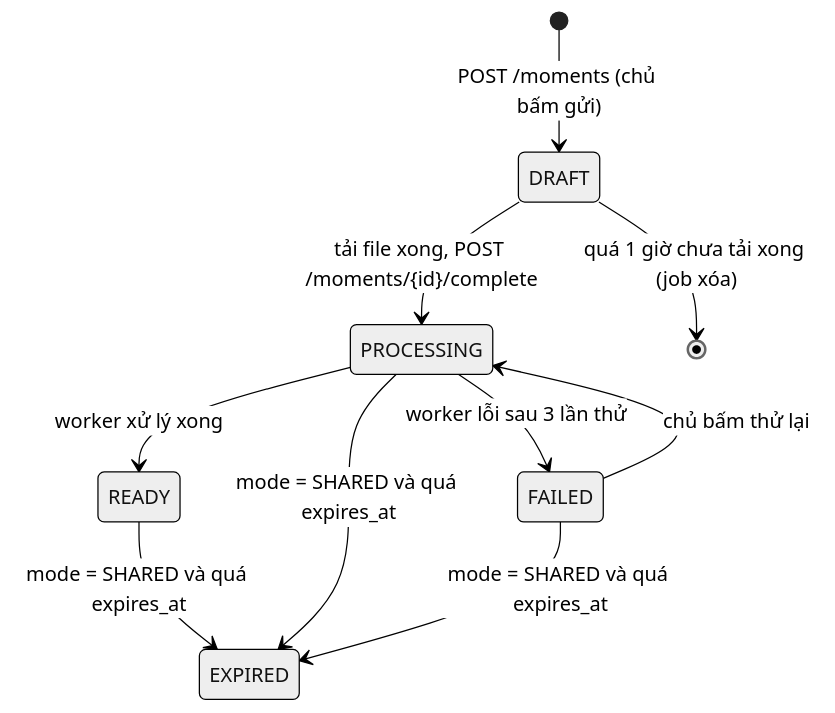
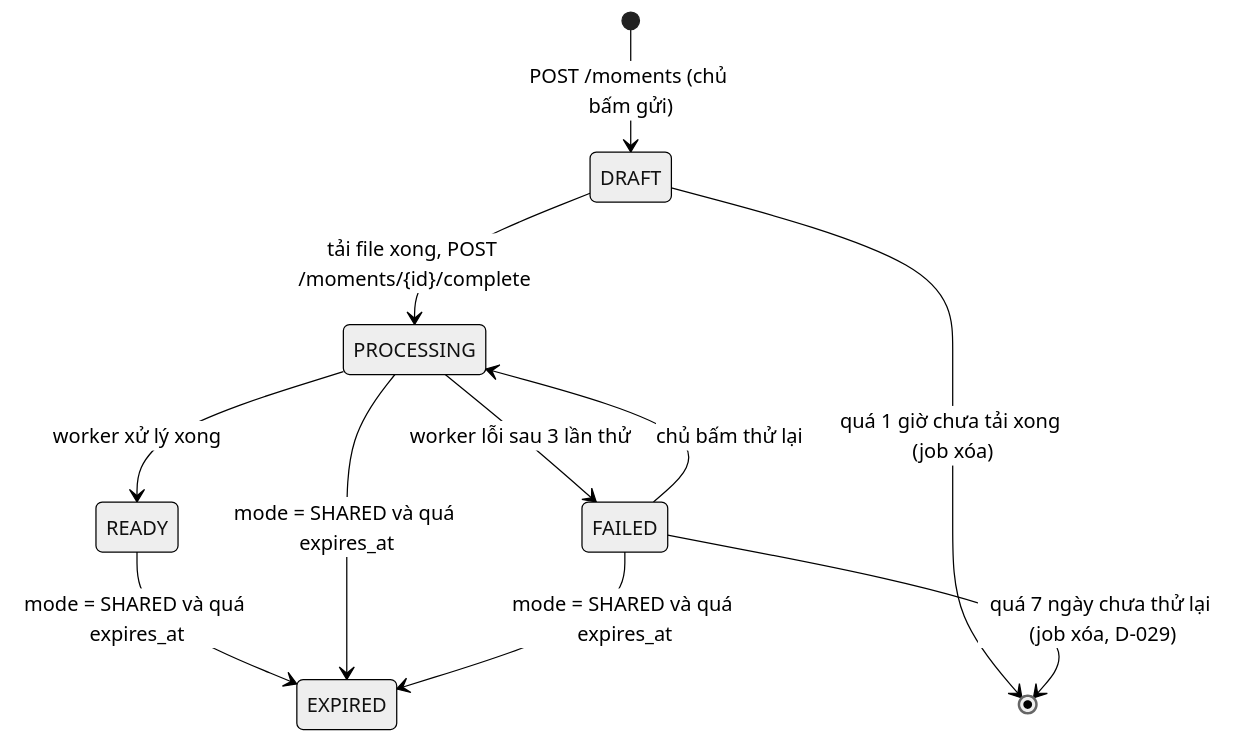
Before and after one commit to TrungLe05/moment: the second of 2 diagrams in docs/02-ky-thuat/thiet-ke-database.md, drawn with Mermaid (neutral theme). The commit also changed other lines of this file and 11 other files, not shown here.

````diff
--- a/docs/02-ky-thuat/thiet-ke-database.md
+++ b/docs/02-ky-thuat/thiet-ke-database.md
@@ -202,12 +200,13 @@
 ```mermaid
 stateDiagram-v2
     [*] --> DRAFT: POST /moments (chủ bấm gửi)
     DRAFT --> PROCESSING: tải file xong, POST /moments/{id}/complete
     DRAFT --> [*]: quá 1 giờ chưa tải xong (job xóa)
     PROCESSING --> READY: worker xử lý xong
     PROCESSING --> FAILED: worker lỗi sau 3 lần thử
     FAILED --> PROCESSING: chủ bấm thử lại
+    FAILED --> [*]: quá 7 ngày chưa thử lại (job xóa, D-029)
     READY --> EXPIRED: mode = SHARED và quá expires_at
     PROCESSING --> EXPIRED: mode = SHARED và quá expires_at
     FAILED --> EXPIRED: mode = SHARED và quá expires_at
 ```
````
